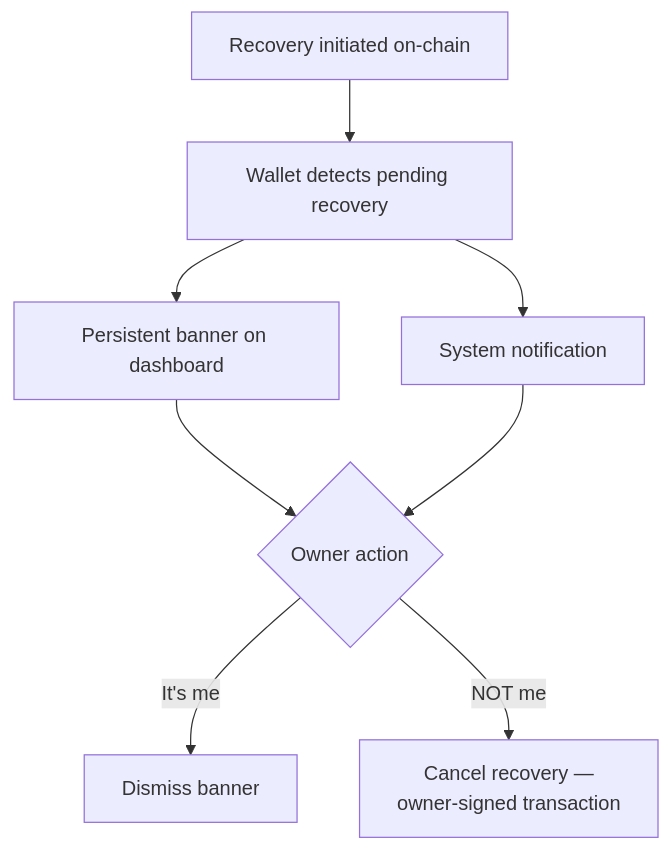
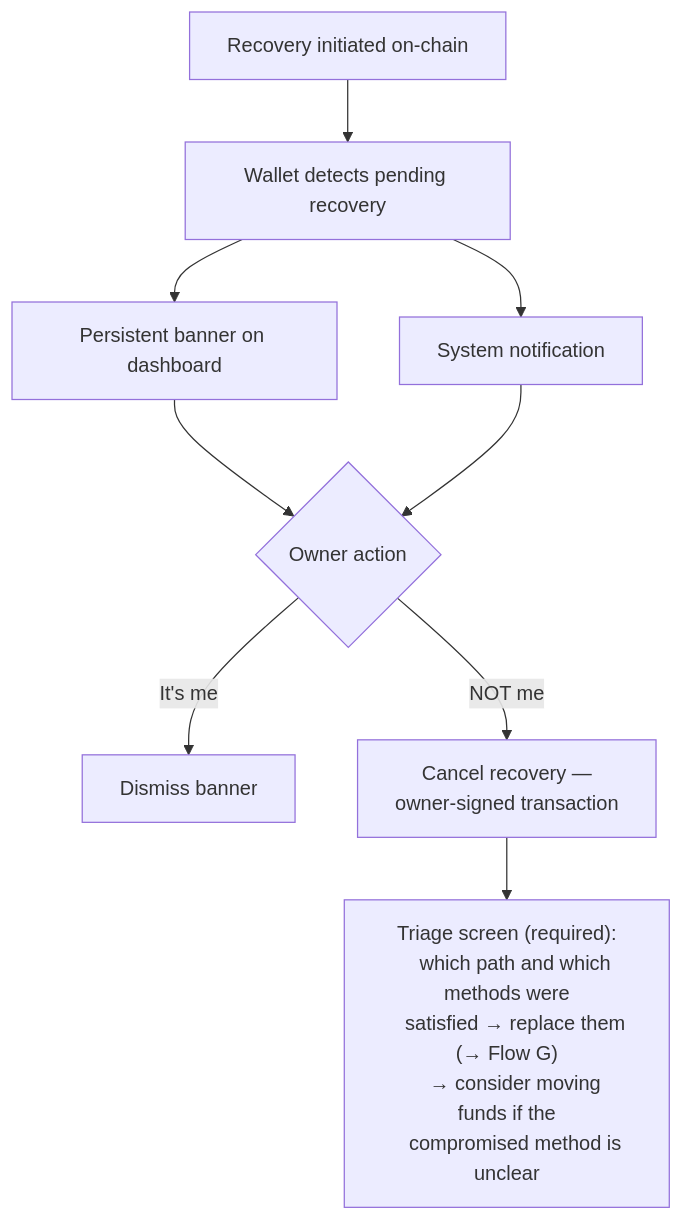
One commit to FiboAtWonder/kohaku-extension changed the sixth of 10 diagrams in social-recovery-ux-flows.md. Above: the diagram before and after it, drawn with Mermaid. The commit also changed other lines of this file, not shown here.

Commit message:
docs: apply approved 6-perspective review fixes to social recovery UX flows

````diff
--- a/social-recovery-ux-flows.md
+++ b/social-recovery-ux-flows.md
@@ -230,11 +314,16 @@
 ```mermaid
 flowchart TD
     A[Recovery initiated on-chain] --> B[Wallet detects pending recovery]
     B --> C[Persistent banner on dashboard]
     B --> D[System notification]
-    C --> E{Owner action}
+    C --> E{"Owner action"}
     D --> E
     E -->|It's me| F[Dismiss banner]
     E -->|NOT me| G["Cancel recovery —
     owner-signed transaction"]
+    G --> T["Triage screen (required):
+    which path and which methods were
+    satisfied → replace them (→ Flow G)
+    → consider moving funds if the
+    compromised method is unclear"]
 ```
````
